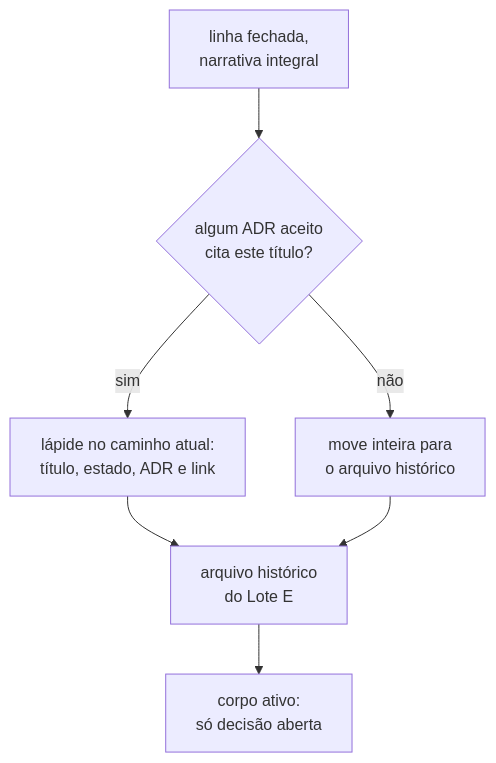
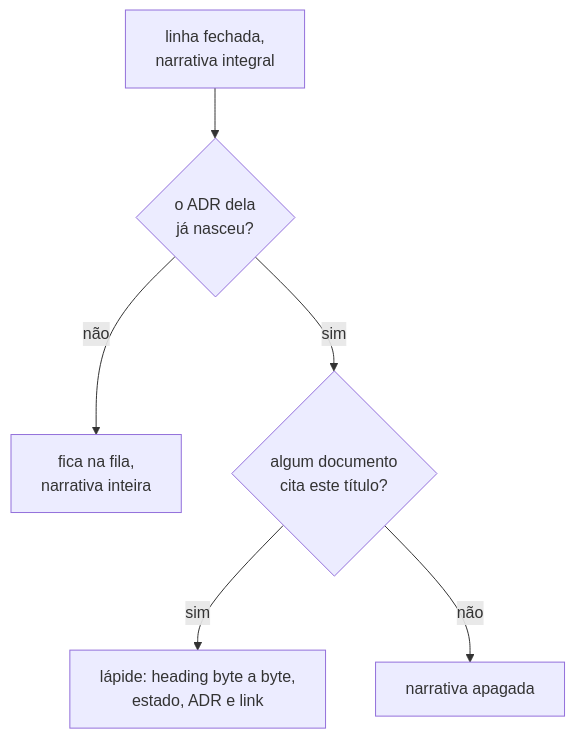
The diagram in docs/audits/2026-08-06-coerencia-e-limites-documentais.md (da0hn/distributed-systems-experiment-lab), drawn with Mermaid before and after one commit. The commit also changed other lines of this file and 1 other file, not shown here.

First line of the commit message:
docs(adr): Reduz a narrativa de duas rodadas a lápide e abre a linha E-42

````diff
--- a/docs/audits/2026-08-06-coerencia-e-limites-documentais.md
+++ b/docs/audits/2026-08-06-coerencia-e-limites-documentais.md
@@ -83,9 +84,8 @@
 ```mermaid
 flowchart TB
-    L["linha fechada,<br/>narrativa integral"] --> C{"algum ADR aceito<br/>cita este título?"}
-    C -->|" sim "| T["lápide no caminho atual:<br/>título, estado, ADR e link"]
-    C -->|" não "| M["move inteira para<br/>o arquivo histórico"]
-    T --> H["arquivo histórico<br/>do Lote E"]
-    M --> H
-    H --> A["corpo ativo:<br/>só decisão aberta"]
+    L["linha fechada,<br/>narrativa integral"] --> N{"o ADR dela<br/>já nasceu?"}
+    N -->|" não "| F["fica na fila,<br/>narrativa inteira"]
+    N -->|" sim "| C{"algum documento<br/>cita este título?"}
+    C -->|" sim "| T["lápide: heading byte a byte,<br/>estado, ADR e link"]
+    C -->|" não "| D["narrativa apagada"]
 ```
````
